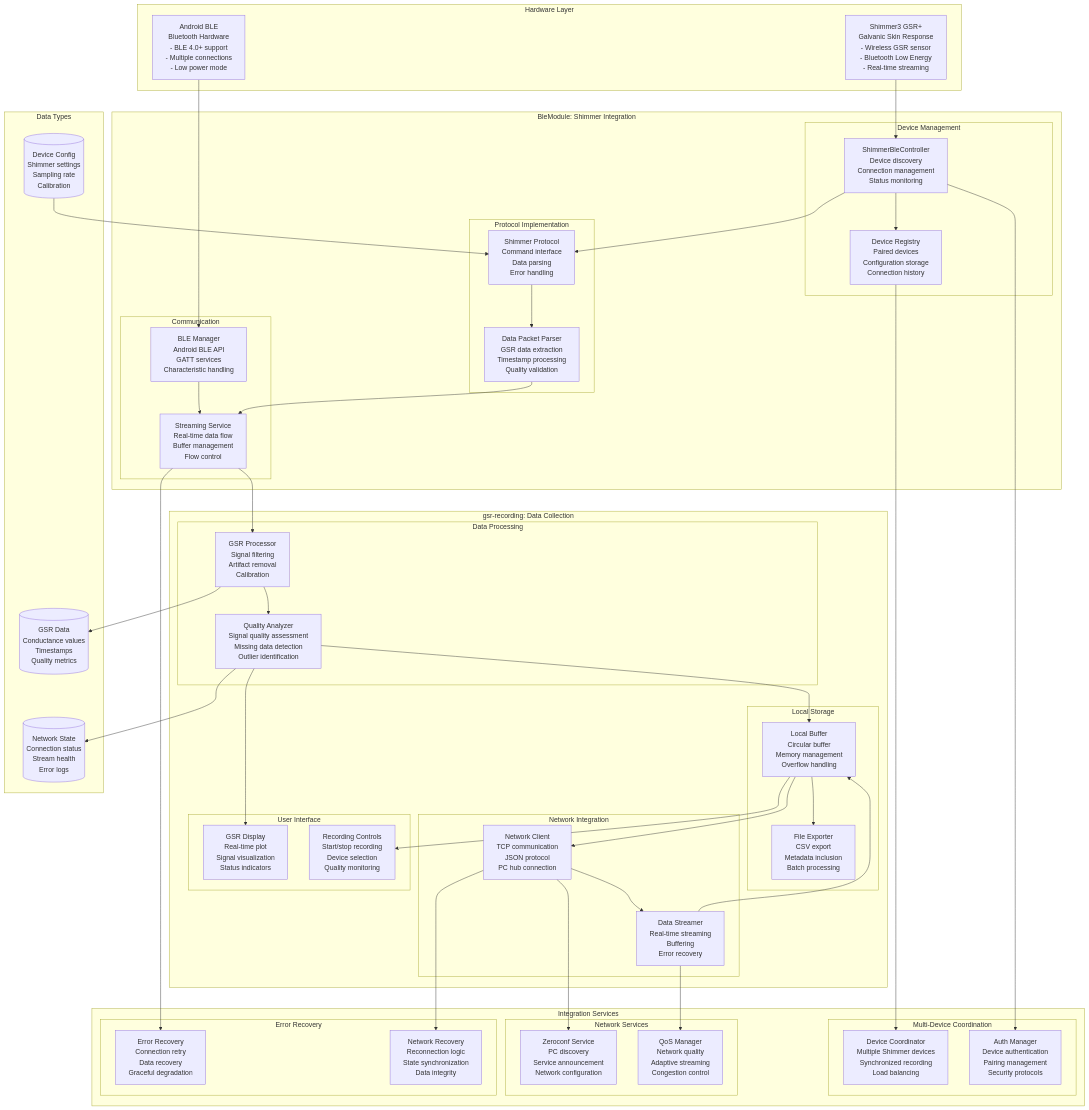
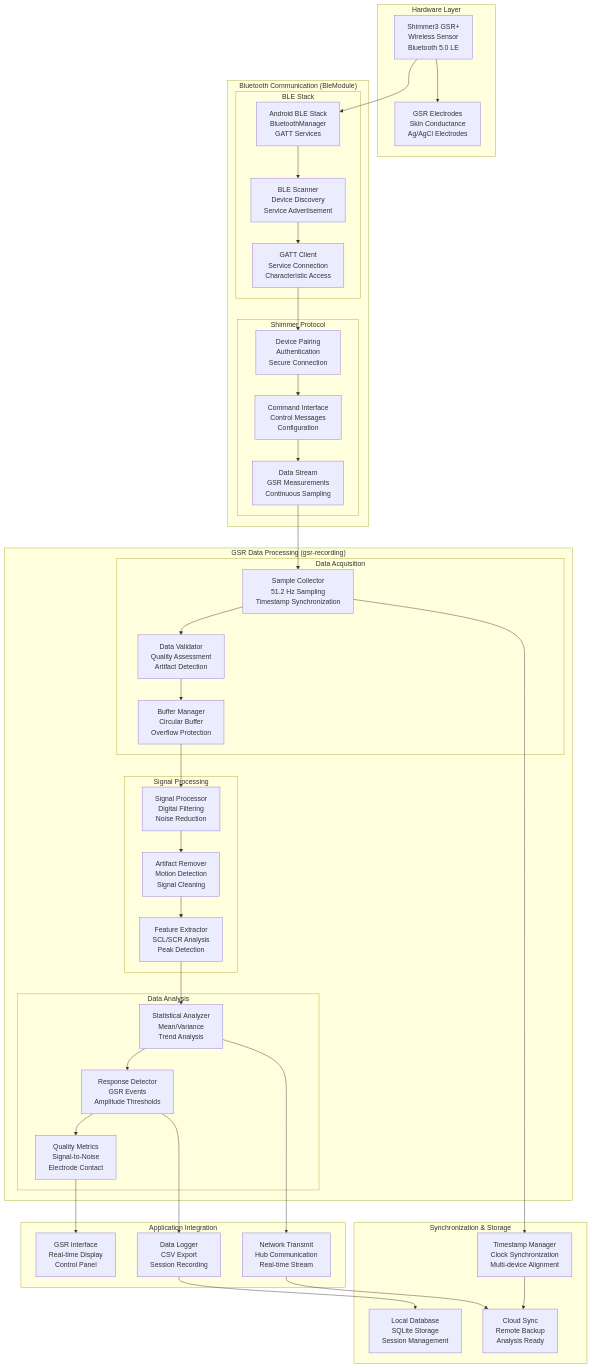
One commit to uclgsr/IRCamera changed the seventh of 12 diagrams in docs/COMPREHENSIVE_ARCHITECTURE_DIAGRAMS.md. Above: the diagram before and after it, drawn with Mermaid. The commit also changed other lines of this file and 3 other files, not shown here.

Commit message:
Redo comprehensive Mermaid architecture diagrams - 12 detailed technical diagrams from scratch

````diff
--- a/docs/COMPREHENSIVE_ARCHITECTURE_DIAGRAMS.md
+++ b/docs/COMPREHENSIVE_ARCHITECTURE_DIAGRAMS.md
@@ -641,123 +578,90 @@
 ```mermaid
 graph TB
     subgraph "Hardware Layer"
-        Shimmer3[Shimmer3 GSR+<br/>Galvanic Skin Response<br/>- Wireless GSR sensor<br/>- Bluetooth Low Energy<br/>- Real-time streaming]
-        
-        AndroidBLE[Android BLE<br/>Bluetooth Hardware<br/>- BLE 4.0+ support<br/>- Multiple connections<br/>- Low power mode]
+        Shimmer3HW[Shimmer3 GSR+<br/>Wireless Sensor<br/>Bluetooth 5.0 LE]
+        GSRElectrodes[GSR Electrodes<br/>Skin Conductance<br/>Ag/AgCl Electrodes]
     end
     
-    subgraph "BleModule: Shimmer Integration"
-        subgraph "Device Management"
-            ShimmerBleController[ShimmerBleController<br/>Device discovery<br/>Connection management<br/>Status monitoring]
-            
-            DeviceRegistry[Device Registry<br/>Paired devices<br/>Configuration storage<br/>Connection history]
+    subgraph "Bluetooth Communication (BleModule)"
+        subgraph "BLE Stack"
+            AndroidBLE[Android BLE Stack<br/>BluetoothManager<br/>GATT Services]
+            BLEScanner[BLE Scanner<br/>Device Discovery<br/>Service Advertisement]
+            GATTClient[GATT Client<br/>Service Connection<br/>Characteristic Access]
         end
         
-        subgraph "Protocol Implementation"
-            ShimmerProtocol[Shimmer Protocol<br/>Command interface<br/>Data parsing<br/>Error handling]
-            
-            DataPacketParser[Data Packet Parser<br/>GSR data extraction<br/>Timestamp processing<br/>Quality validation]
-        end
-        
-        subgraph "Communication"
-            BLEManager[BLE Manager<br/>Android BLE API<br/>GATT services<br/>Characteristic handling]
-            
-            StreamingService[Streaming Service<br/>Real-time data flow<br/>Buffer management<br/>Flow control]
+        subgraph "Shimmer Protocol"
+            DevicePairing[Device Pairing<br/>Authentication<br/>Secure Connection]
+            CommandInterface[Command Interface<br/>Control Messages<br/>Configuration]
+            DataStream[Data Stream<br/>GSR Measurements<br/>Continuous Sampling]
         end
     end
     
-    subgraph "gsr-recording: Data Collection"
-        subgraph "Data Processing"
-            GSRProcessor[GSR Processor<br/>Signal filtering<br/>Artifact removal<br/>Calibration]
-            
-            QualityAnalyzer[Quality Analyzer<br/>Signal quality assessment<br/>Missing data detection<br/>Outlier identification]
+    subgraph "GSR Data Processing (gsr-recording)"
+        subgraph "Data Acquisition"
+            SampleCollector[Sample Collector<br/>51.2 Hz Sampling<br/>Timestamp Synchronization]
+            DataValidator[Data Validator<br/>Quality Assessment<br/>Artifact Detection]
+            BufferManager[Buffer Manager<br/>Circular Buffer<br/>Overflow Protection]
         end
         
-        subgraph "Network Integration"
-            NetworkClient[Network Client<br/>TCP communication<br/>JSON protocol<br/>PC hub connection]
-            
-            DataStreamer[Data Streamer<br/>Real-time streaming<br/>Buffering<br/>Error recovery]
+        subgraph "Signal Processing"
+            SignalProcessor[Signal Processor<br/>Digital Filtering<br/>Noise Reduction]
+            ArtifactRemover[Artifact Remover<br/>Motion Detection<br/>Signal Cleaning]
+            FeatureExtractor[Feature Extractor<br/>SCL/SCR Analysis<br/>Peak Detection]
         end
         
-        subgraph "Local Storage"
-            LocalBuffer[Local Buffer<br/>Circular buffer<br/>Memory management<br/>Overflow handling]
-            
-            FileExporter[File Exporter<br/>CSV export<br/>Metadata inclusion<br/>Batch processing]
-        end
-        
-        subgraph "User Interface"
-            GSRDisplay[GSR Display<br/>Real-time plot<br/>Signal visualization<br/>Status indicators]
-            
-            RecordingControls[Recording Controls<br/>Start/stop recording<br/>Device selection<br/>Quality monitoring]
+        subgraph "Data Analysis"
+            StatisticalAnalyzer[Statistical Analyzer<br/>Mean/Variance<br/>Trend Analysis]
+            ResponseDetector[Response Detector<br/>GSR Events<br/>Amplitude Thresholds]
+            QualityMetrics[Quality Metrics<br/>Signal-to-Noise<br/>Electrode Contact]
         end
     end
     
-    subgraph "Integration Services"
-        subgraph "Multi-Device Coordination"
-            DeviceCoordinator[Device Coordinator<br/>Multiple Shimmer devices<br/>Synchronized recording<br/>Load balancing]
-            
-            AuthManager[Auth Manager<br/>Device authentication<br/>Pairing management<br/>Security protocols]
-        end
-        
-        subgraph "Network Services"
-            ZeroconfService[Zeroconf Service<br/>PC discovery<br/>Service announcement<br/>Network configuration]
-            
-            QoSManager[QoS Manager<br/>Network quality<br/>Adaptive streaming<br/>Congestion control]
-        end
-        
-        subgraph "Error Recovery"
-            ErrorRecovery[Error Recovery<br/>Connection retry<br/>Data recovery<br/>Graceful degradation]
-            
-            NetworkRecovery[Network Recovery<br/>Reconnection logic<br/>State synchronization<br/>Data integrity]
-        end
+    subgraph "Application Integration"
+        GSRInterface[GSR Interface<br/>Real-time Display<br/>Control Panel]
+        DataLogger[Data Logger<br/>CSV Export<br/>Session Recording]
+        NetworkTransmit[Network Transmit<br/>Hub Communication<br/>Real-time Stream]
     end
     
-    subgraph "Data Types"
-        GSRData[(GSR Data<br/>Conductance values<br/>Timestamps<br/>Quality metrics)]
-        
-        DeviceConfig[(Device Config<br/>Shimmer settings<br/>Sampling rate<br/>Calibration)]
-        
-        NetworkState[(Network State<br/>Connection status<br/>Stream health<br/>Error logs)]
+    subgraph "Synchronization & Storage"
+        TimestampManager[Timestamp Manager<br/>Clock Synchronization<br/>Multi-device Alignment]
+        LocalDatabase[Local Database<br/>SQLite Storage<br/>Session Management]
+        CloudSync[Cloud Sync<br/>Remote Backup<br/>Analysis Ready]
     end
     
     %% Hardware connections
-    Shimmer3 --> ShimmerBleController
-    AndroidBLE --> BLEManager
+    Shimmer3HW --> GSRElectrodes
+    Shimmer3HW --> AndroidBLE
     
-    %% BLE module internal connections
-    ShimmerBleController --> DeviceRegistry
-    ShimmerBleController --> ShimmerProtocol
-    ShimmerProtocol --> DataPacketParser
-    BLEManager --> StreamingService
-    DataPacketParser --> StreamingService
+    %% BLE communication flow
+    AndroidBLE --> BLEScanner
+    BLEScanner --> GATTClient
+    GATTClient --> DevicePairing
+    DevicePairing --> CommandInterface
+    CommandInterface --> DataStream
     
-    %% Data flow to GSR recording
-    StreamingService --> GSRProcessor
-    GSRProcessor --> QualityAnalyzer
-    QualityAnalyzer --> LocalBuffer
+    %% Data acquisition flow
+    DataStream --> SampleCollector
+    SampleCollector --> DataValidator
+    DataValidator --> BufferManager
     
-    %% Network integration
-    LocalBuffer --> NetworkClient
-    NetworkClient --> DataStreamer
-    DataStreamer --> LocalBuffer
+    %% Signal processing flow
+    BufferManager --> SignalProcessor
+    SignalProcessor --> ArtifactRemover
+    ArtifactRemover --> FeatureExtractor
     
-    %% UI integration
-    QualityAnalyzer --> GSRDisplay
-    LocalBuffer --> RecordingControls
+    %% Data analysis flow
+    FeatureExtractor --> StatisticalAnalyzer
+    StatisticalAnalyzer --> ResponseDetector
+    ResponseDetector --> QualityMetrics
     
-    %% Multi-device coordination
-    DeviceRegistry --> DeviceCoordinator
-    ShimmerBleController --> AuthManager
-    NetworkClient --> ZeroconfService
-    DataStreamer --> QoSManager
+    %% Application integration
+    QualityMetrics --> GSRInterface
+    ResponseDetector --> DataLogger
+    StatisticalAnalyzer --> NetworkTransmit
     
-    %% Error handling
-    StreamingService --> ErrorRecovery
-    NetworkClient --> NetworkRecovery
-    
-    %% Data storage
-    GSRProcessor --> GSRData
-    DeviceConfig --> ShimmerProtocol
-    QualityAnalyzer --> NetworkState
-    LocalBuffer --> FileExporter
+    %% Synchronization and storage
+    SampleCollector --> TimestampManager
+    DataLogger --> LocalDatabase
+    NetworkTransmit --> CloudSync
+    TimestampManager --> CloudSync
 ```
````
